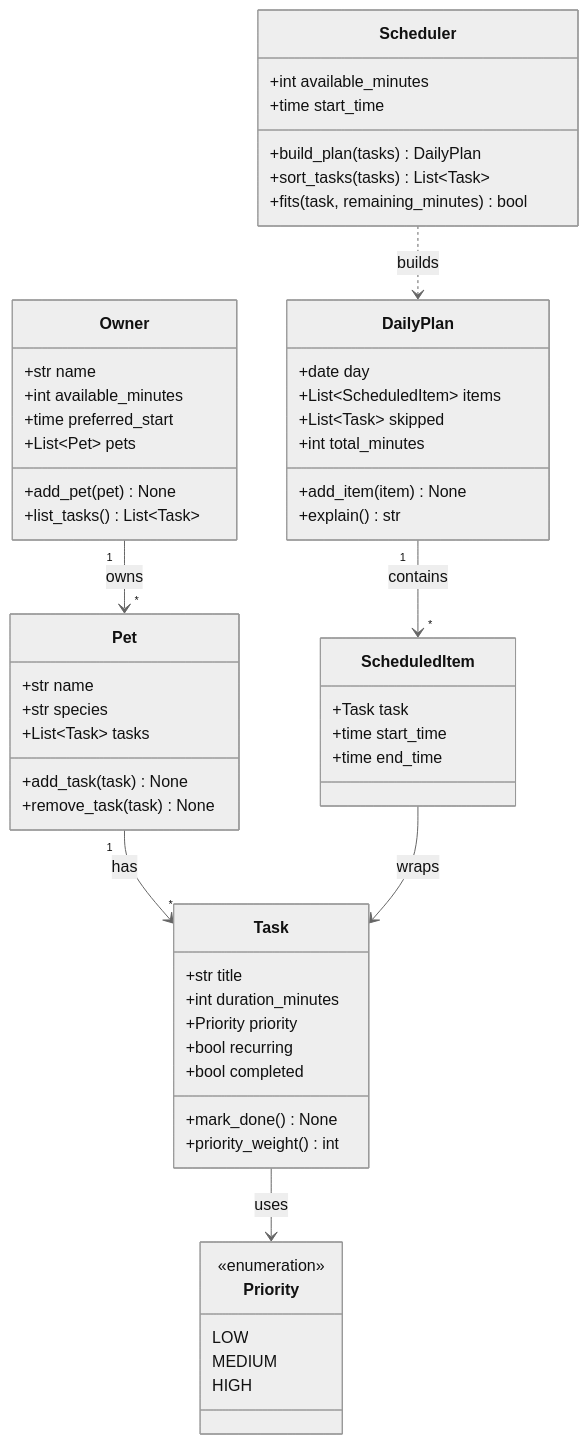
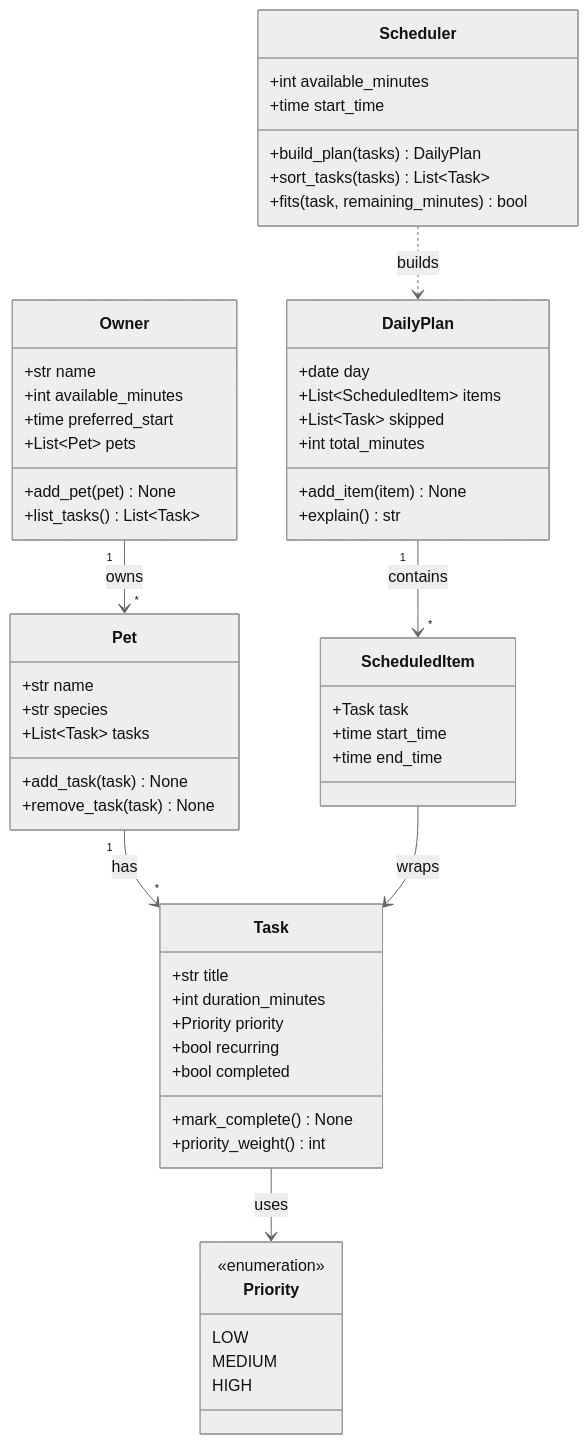
One commit to AmenaFoshanji/ai110-module2show-pawpal-starter changed the diagram in reflection.md. Above: the diagram before and after it, drawn with Mermaid (neutral theme). The commit also changed other lines of this file and 7 other files, not shown here.

````diff
--- a/reflection.md
+++ b/reflection.md
@@ -34,66 +34,66 @@
 ```mermaid
 classDiagram
     class Owner {
         +str name
         +int available_minutes
         +time preferred_start
         +List~Pet~ pets
         +add_pet(pet) None
         +list_tasks() List~Task~
     }
 
     class Pet {
         +str name
         +str species
         +List~Task~ tasks
         +add_task(task) None
         +remove_task(task) None
     }
 
     class Task {
         +str title
         +int duration_minutes
         +Priority priority
         +bool recurring
         +bool completed
-        +mark_done() None
+        +mark_complete() None
         +priority_weight() int
     }
 
     class Priority {
         <<enumeration>>
         LOW
         MEDIUM
         HIGH
     }
 
     class Scheduler {
         +int available_minutes
         +time start_time
         +build_plan(tasks) DailyPlan
         +sort_tasks(tasks) List~Task~
         +fits(task, remaining_minutes) bool
     }
 
     class DailyPlan {
         +date day
         +List~ScheduledItem~ items
         +List~Task~ skipped
         +int total_minutes
         +add_item(item) None
         +explain() str
     }
 
     class ScheduledItem {
         +Task task
         +time start_time
         +time end_time
     }
 
     Owner "1" --> "*" Pet : owns
     Pet "1" --> "*" Task : has
     Task --> Priority : uses
     Scheduler ..> DailyPlan : builds
     DailyPlan "1" --> "*" ScheduledItem : contains
     ScheduledItem --> Task : wraps
 ```
````
